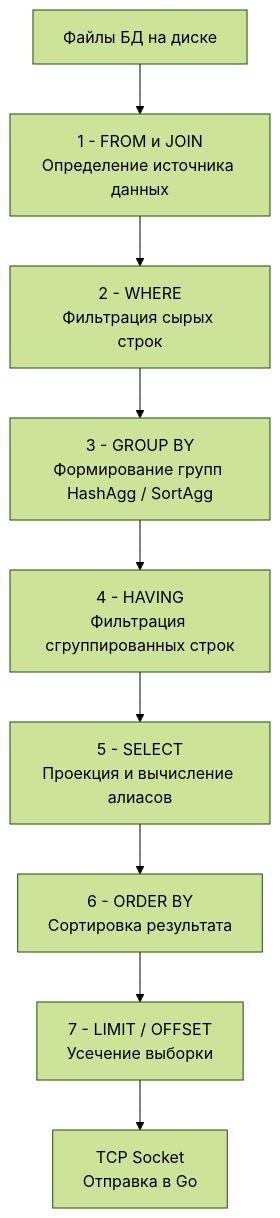
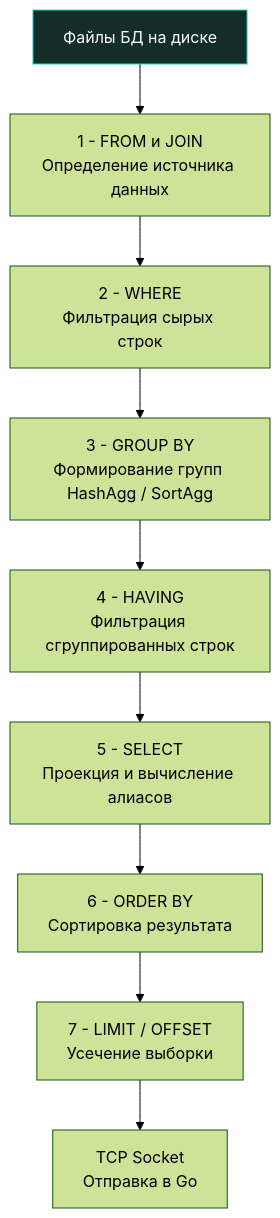
One commit to UnrealTemplier/go-textbook changed the diagram in sources/12. Базы данных/02. SQL базовый/8. HAVING.md. Above: the diagram before and after it, drawn with Mermaid (forest theme). The commit also changed 1666 other files, not shown here.

First line of the commit message:
feat(mermaid): add semantic color classDef to 1369 colorless flowchart/graph diagrams

````diff
--- a/sources/12. Базы данных/02. SQL базовый/8. HAVING.md
+++ b/sources/12. Базы данных/02. SQL базовый/8. HAVING.md
@@ -40,11 +40,21 @@
 ```mermaid
 flowchart TD
-    Disk["Файлы БД на диске"] --> FROM["1 - FROM и JOIN<br>Определение источника данных"]
+    classDef process  fill:#1e293b,stroke:#38bdf8,stroke-width:1px,color:#f8fafc
+    classDef success  fill:#064e3b,stroke:#34d399,stroke-width:1px,color:#f8fafc
+    classDef error    fill:#7f1d1d,stroke:#f87171,stroke-width:1px,color:#f8fafc
+    classDef warning  fill:#78350f,stroke:#fbbf24,stroke-width:1px,color:#f8fafc
+    classDef entry    fill:#1e3a5f,stroke:#38bdf8,stroke-width:2px,color:#f8fafc
+    classDef aux      fill:#334155,stroke:#64748b,stroke-width:1px,color:#f8fafc
+    classDef system   fill:#312e81,stroke:#a78bfa,stroke-width:1px,color:#f8fafc
+    classDef data     fill:#132d29,stroke:#2dd4bf,stroke-width:1px,color:#f8fafc
+    classDef network  fill:#881337,stroke:#fb7185,stroke-width:1px,color:#f8fafc
+    classDef accent   fill:#1e1b4b,stroke:#818cf8,stroke-width:1px,color:#f8fafc
+    Disk["Файлы БД на диске"]:::data --> FROM["1 - FROM и JOIN<br>Определение источника данных"]
     FROM --> WHERE["2 - WHERE<br>Фильтрация сырых строк"]
     WHERE --> GROUP["3 - GROUP BY<br>Формирование групп HashAgg / SortAgg"]
     GROUP --> HAVING["4 - HAVING<br>Фильтрация сгруппированных строк"]
     HAVING --> SELECT["5 - SELECT<br>Проекция и вычисление алиасов"]
     SELECT --> ORDER["6 - ORDER BY<br>Сортировка результата"]
     ORDER --> LIMIT["7 - LIMIT / OFFSET<br>Усечение выборки"]
     LIMIT --> Network["TCP Socket<br>Отправка в Go"]
 ```
````
